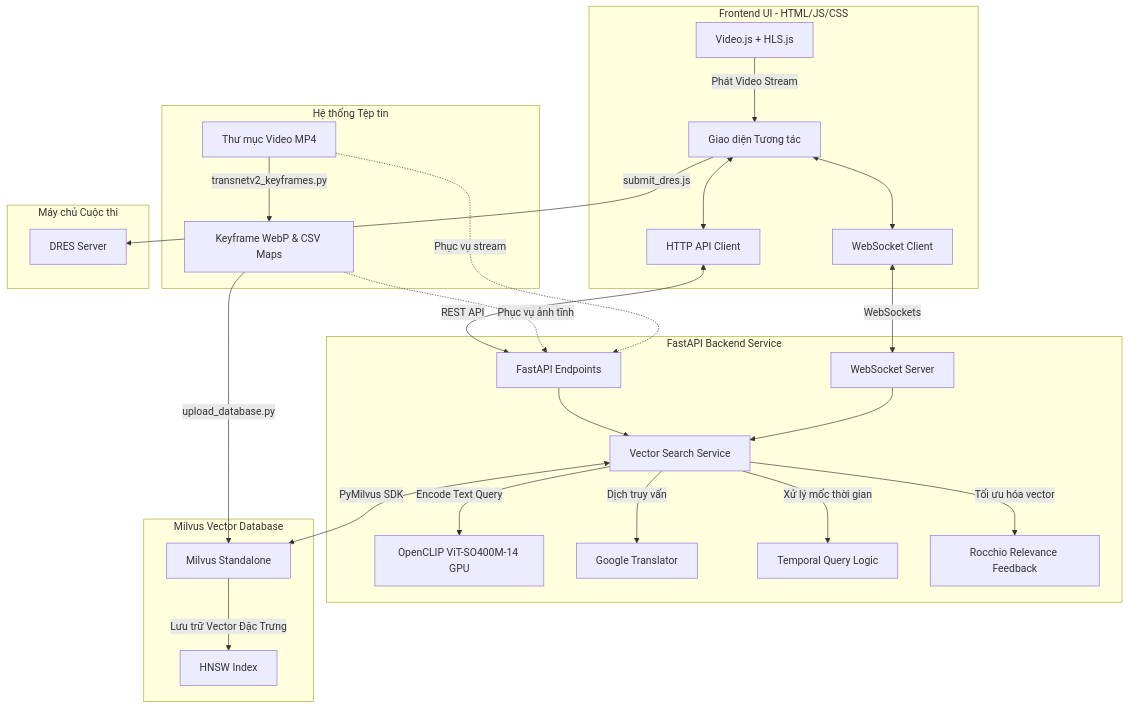
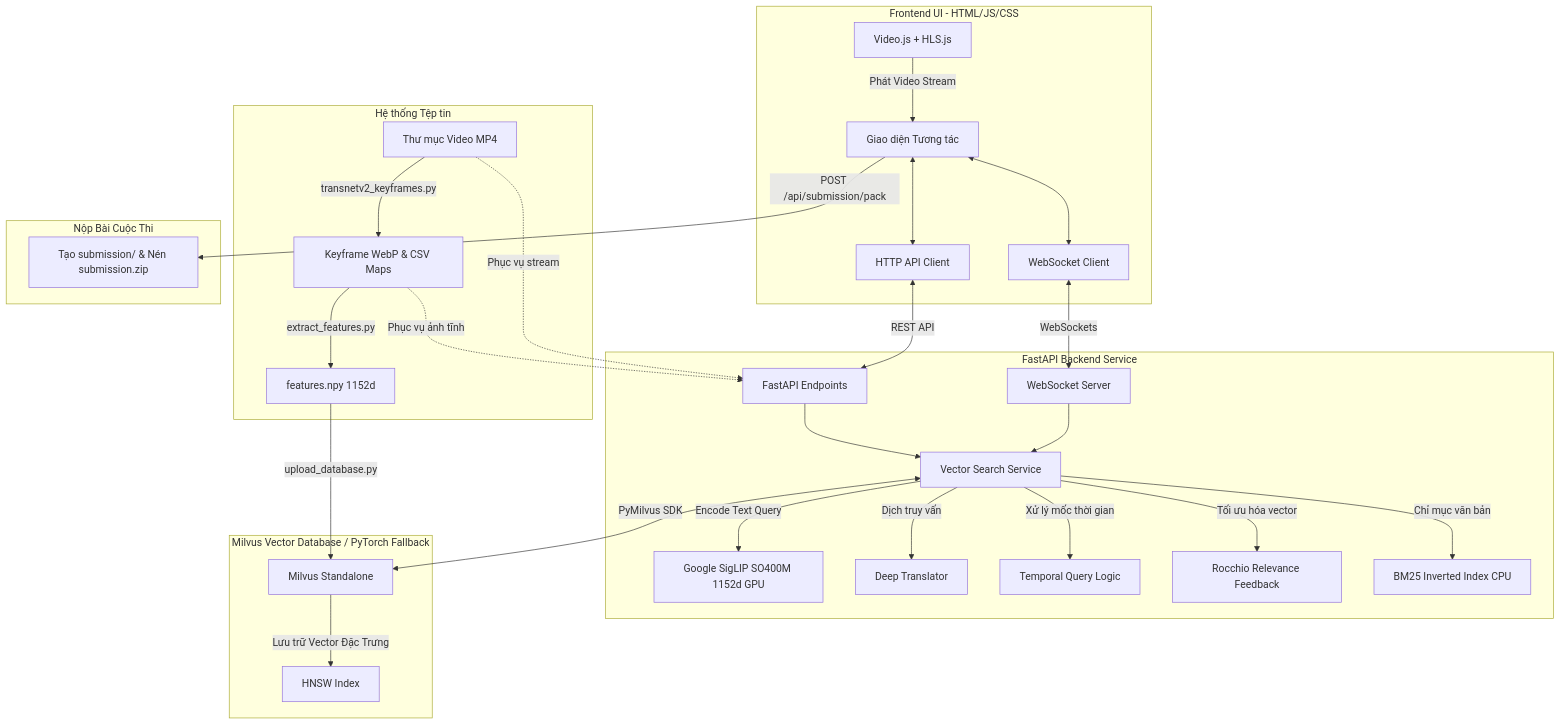
The diagram in README.md (nblong07/code-c-a-Long), drawn with Mermaid before and after one commit. The commit also changed other lines of this file and 69 other files, not shown here.

````diff
--- a/README.md
+++ b/README.md
@@ -20,34 +19,36 @@
 ```mermaid
 graph TD
     subgraph Client [Frontend UI - HTML/JS/CSS]
         UI[Giao diện Tương tác] <--> WS_Client[WebSocket Client]
         UI <--> HTTP_Client[HTTP API Client]
         VJS[Video.js + HLS.js] -->|Phát Video Stream| UI
     end
 
     subgraph Backend [FastAPI Backend Service]
         HTTP_Client <-->|REST API| REST[FastAPI Endpoints]
         WS_Client <-->|WebSockets| WS_Server[WebSocket Server]
         REST & WS_Server --> VSS[Vector Search Service]
-        VSS -->|Encode Text Query| CLIP[OpenCLIP ViT-SO400M-14 GPU]
-        VSS -->|Dịch truy vấn| Trans[Google Translator]
+        VSS -->|Encode Text Query| CLIP[Google SigLIP SO400M 1152d GPU]
+        VSS -->|Dịch truy vấn| Trans[Deep Translator]
         VSS -->|Xử lý mốc thời gian| Temp[Temporal Query Logic]
         VSS -->|Tối ưu hóa vector| Rocchio[Rocchio Relevance Feedback]
+        VSS -->|Chỉ mục văn bản| BM25[BM25 Inverted Index CPU]
     end
 
-    subgraph Database [Milvus Vector Database]
+    subgraph Database [Milvus Vector Database / PyTorch Fallback]
         VSS <-->|PyMilvus SDK| Milvus[Milvus Standalone]
         Milvus -->|Lưu trữ Vector Đặc Trưng| HNSW[HNSW Index]
     end
 
     subgraph Data_Files [Hệ thống Tệp tin]
         Video[Thư mục Video MP4] -->|transnetv2_keyframes.py| Keyframes[Keyframe WebP & CSV Maps]
-        Keyframes -->|upload_database.py| Milvus
+        Keyframes -->|extract_features.py| Feats[features.npy 1152d]
+        Feats -->|upload_database.py| Milvus
         Keyframes -.->|Phục vụ ảnh tĩnh| REST
         Video -.->|Phục vụ stream| REST
     end
 
-    subgraph Contest_Server [Máy chủ Cuộc thi]
-        UI -->|submit_dres.js| DRES[DRES Server]
+    subgraph Submission_Artifact [Nộp Bài Cuộc Thi]
+        UI -->|POST /api/submission/pack| Pack[Tạo submission/ & Nén submission.zip]
     end
 ```
````
